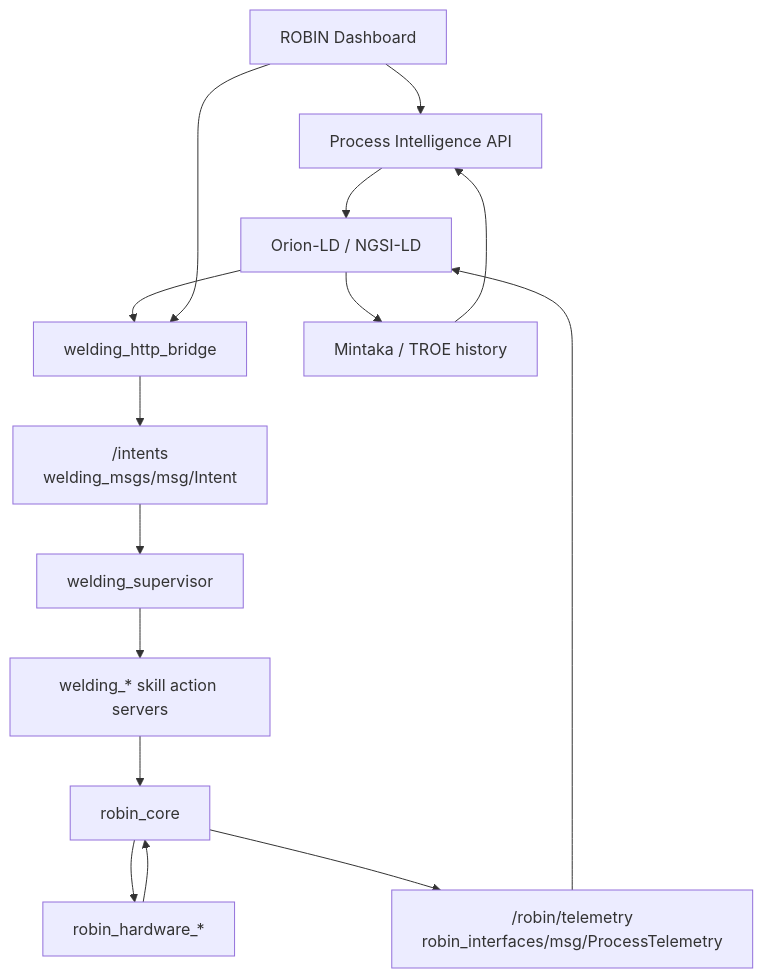
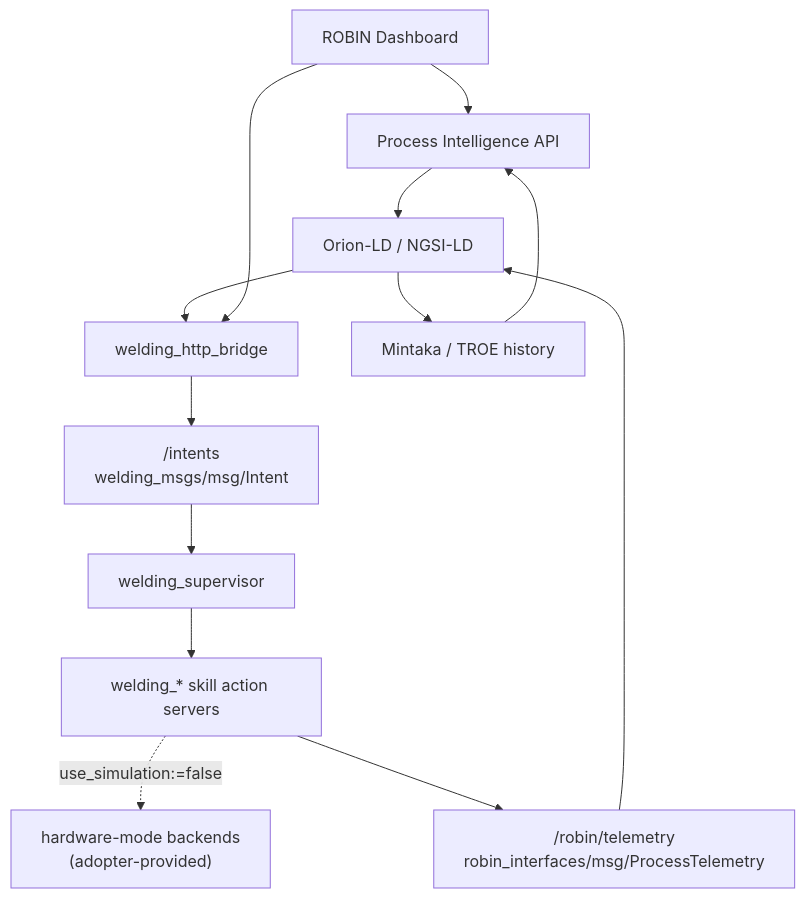
Before and after one commit to 3D-Components/open-robin: the diagram in docs/reference/ros2_vulcanexus_interfaces.rst, drawn with Mermaid. The commit also changed other lines of this file and 39 other files, not shown here.

```diff
--- a/docs/reference/ros2_vulcanexus_interfaces.rst
+++ b/docs/reference/ros2_vulcanexus_interfaces.rst
@@ -102,29 +83,26 @@
 .. mermaid::
 
    graph TD
       UI["ROBIN Dashboard"]
       API["Process Intelligence API"]
       ORION["Orion-LD / NGSI-LD"]
       HTTP["welding_http_bridge"]
       INTENT["/intents<br/>welding_msgs/msg/Intent"]
       SUP["welding_supervisor"]
       SKILLS["welding_* skill action servers"]
-      CORE["robin_core"]
-      HW["robin_hardware_*"]
+      HW["hardware-mode backends<br/>(adopter-provided)"]
       TEL["/robin/telemetry<br/>robin_interfaces/msg/ProcessTelemetry"]
       MINTAKA["Mintaka / TROE history"]
 
       UI --> API
       API --> ORION
       ORION --> HTTP
       UI --> HTTP
       HTTP --> INTENT
       INTENT --> SUP
       SUP --> SKILLS
-      SKILLS --> CORE
-      CORE --> HW
-      HW --> CORE
-      CORE --> TEL
+      SKILLS -. "use_simulation:=false" .-> HW
+      SKILLS --> TEL
       TEL --> ORION
       ORION --> MINTAKA
       MINTAKA --> API
```
